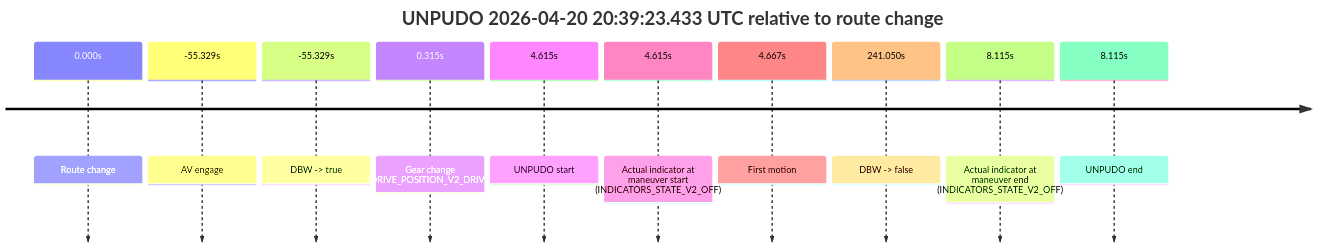
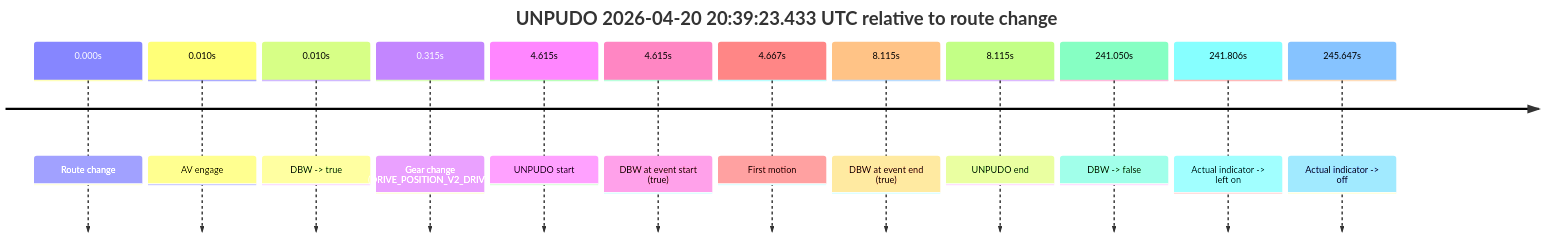
Before and after one commit to yoelshapiro/vault: the sixth of 13 diagrams in model_analysis/report_cards/2026/04/Week-4/fme20038--2026-04-20--20-14-14--gen2-av-64bfb241-2a77-49b3-9a73-b3fb4cc1406d.md, drawn with Mermaid. The commit also changed other lines of this file and 85 other files, not shown here.

````diff
--- a/model_analysis/report_cards/2026/04/Week-4/fme20038--2026-04-20--20-14-14--gen2-av-64bfb241-2a77-49b3-9a73-b3fb4cc1406d.md
+++ b/model_analysis/report_cards/2026/04/Week-4/fme20038--2026-04-20--20-14-14--gen2-av-64bfb241-2a77-49b3-9a73-b3fb4cc1406d.md
@@ -473,14 +512,16 @@
 ```mermaid
 timeline
     title UNPUDO 2026-04-20 20:39:23.433 UTC relative to route change
     0.000s : Route change
-    -55.329s : AV engage
-    -55.329s : DBW -> true
+    0.010s : AV engage
+    0.010s : DBW -> true
     0.315s : Gear change (DRIVE_POSITION_V2_DRIVE)
     4.615s : UNPUDO start
-    4.615s : Actual indicator at maneuver start (INDICATORS_STATE_V2_OFF)
+    4.615s : DBW at event start (true)
     4.667s : First motion
+    8.115s : DBW at event end (true)
+    8.115s : UNPUDO end
     241.050s : DBW -> false
-    8.115s : Actual indicator at maneuver end (INDICATORS_STATE_V2_OFF)
-    8.115s : UNPUDO end
+    241.806s : Actual indicator -> left on
+    245.647s : Actual indicator -> off
 ```
````
